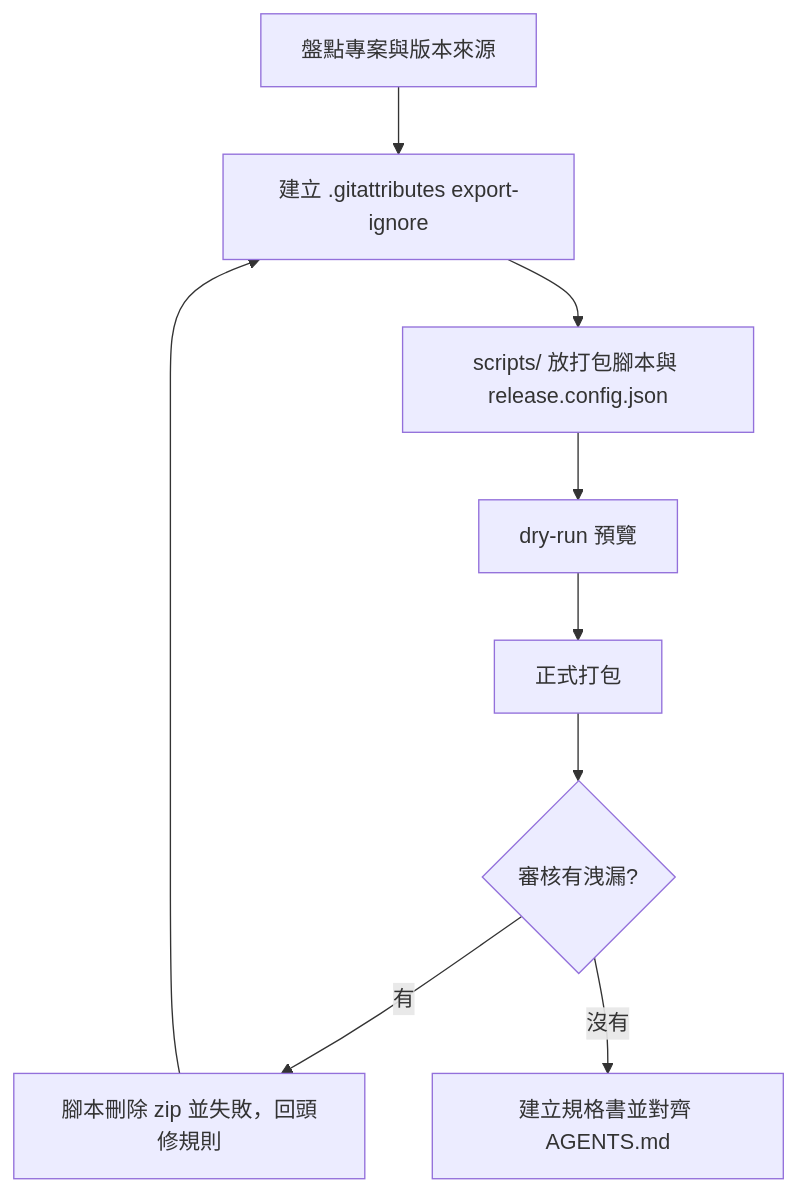
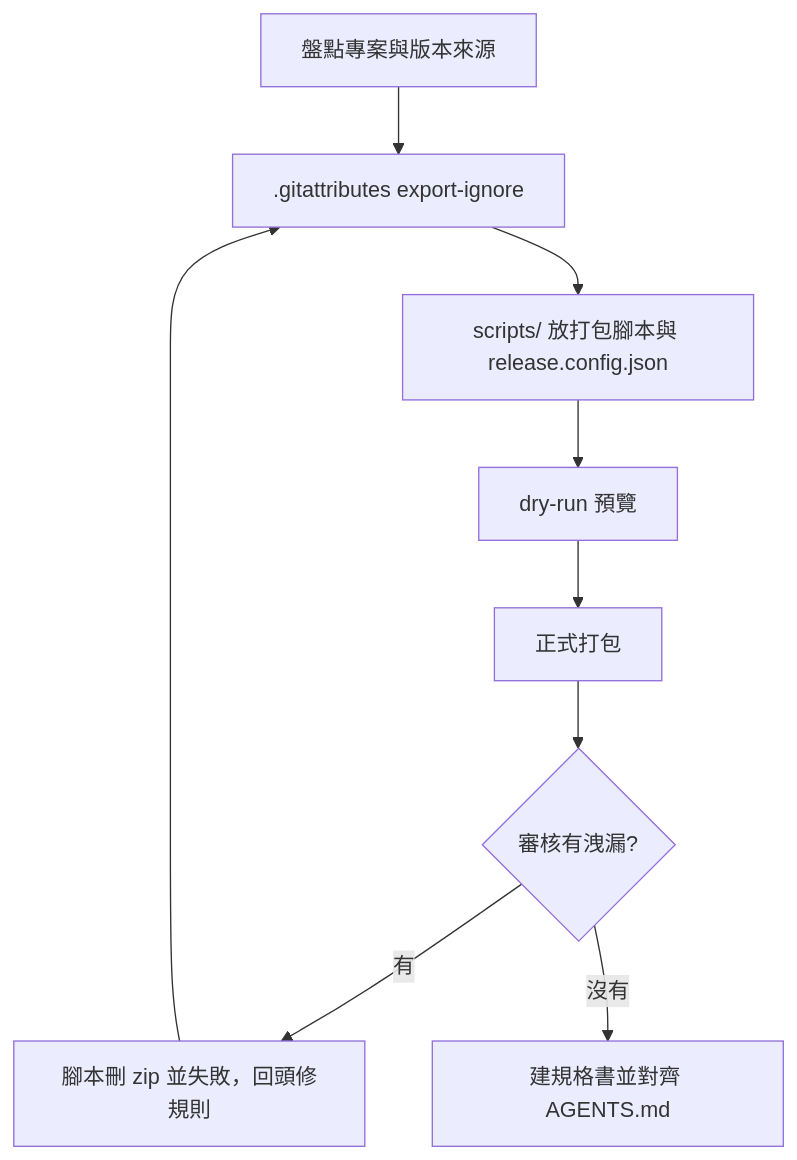
The diagram in my-plugins/my-workflow/skills/my-release-packaging/SKILL.md (VECTOR-COOL/my-agent-toolkit), drawn with Mermaid before and after one commit. The commit also changed other lines of this file and 15 other files, not shown here.

````diff
--- a/my-plugins/my-workflow/skills/my-release-packaging/SKILL.md
+++ b/my-plugins/my-workflow/skills/my-release-packaging/SKILL.md
@@ -10,11 +10,11 @@
 ```mermaid
 graph TD
-  A[盤點專案與版本來源] --> B[建立 .gitattributes export-ignore]
+  A[盤點專案與版本來源] --> B[.gitattributes export-ignore]
   B --> C[scripts/ 放打包腳本與 release.config.json]
   C --> D[dry-run 預覽]
   D --> E[正式打包]
   E --> F{審核有洩漏?}
-  F -->|有| G[腳本刪除 zip 並失敗，回頭修規則]
+  F -->|有| G[腳本刪 zip 並失敗，回頭修規則]
   G --> B
-  F -->|沒有| H[建立規格書並對齊 AGENTS.md]
+  F -->|沒有| H[建規格書並對齊 AGENTS.md]
 ```
````
